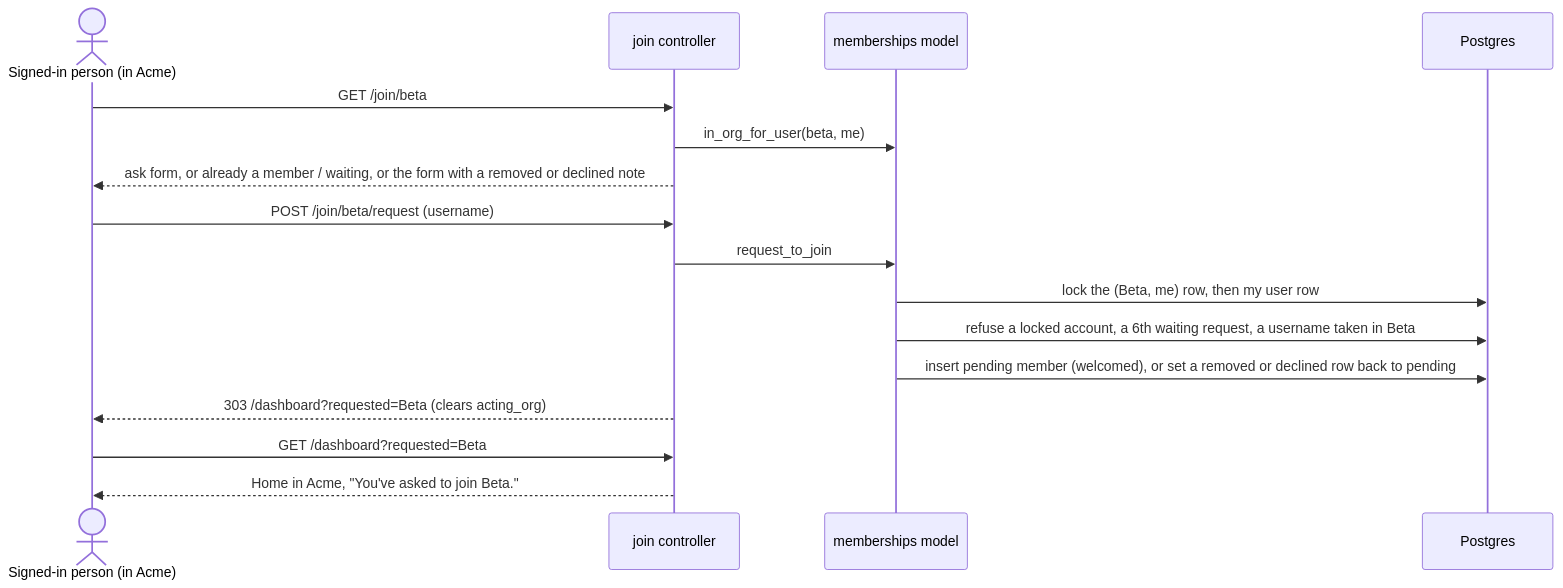
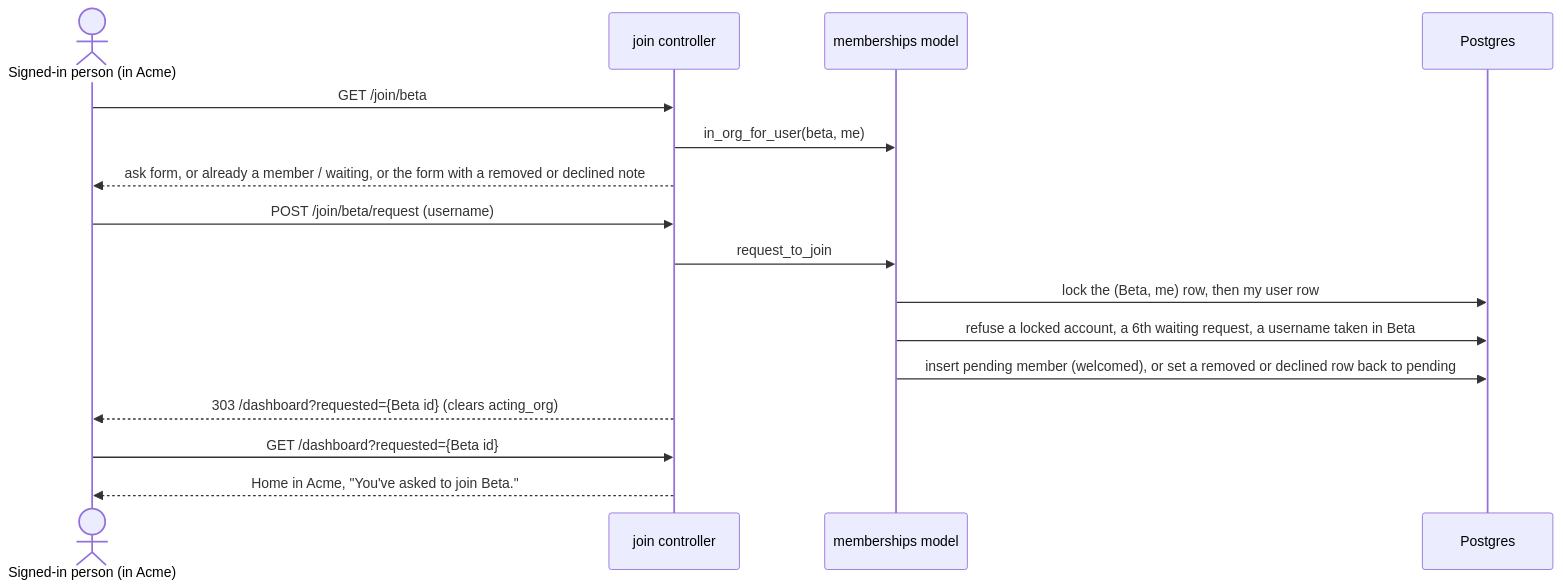
One commit to rajgurung/collaboration_tool changed the third of 9 diagrams in docs/flows/accounts.md. Above: the diagram before and after it, drawn with Mermaid.

Commit message:
Docs: ?requested= carries the org id

````diff
--- a/docs/flows/accounts.md
+++ b/docs/flows/accounts.md
@@ -147,18 +147,18 @@
 ```mermaid
 sequenceDiagram
     actor P as Signed-in person (in Acme)
     participant J as join controller
     participant M as memberships model
     participant DB as Postgres
     P->>J: GET /join/beta
     J->>M: in_org_for_user(beta, me)
     J-->>P: ask form, or already a member / waiting, or the form with a removed or declined note
     P->>J: POST /join/beta/request (username)
     J->>M: request_to_join
     M->>DB: lock the (Beta, me) row, then my user row
     M->>DB: refuse a locked account, a 6th waiting request, a username taken in Beta
     M->>DB: insert pending member (welcomed), or set a removed or declined row back to pending
-    J-->>P: 303 /dashboard?requested=Beta (clears acting_org)
-    P->>J: GET /dashboard?requested=Beta
+    J-->>P: 303 /dashboard?requested={Beta id} (clears acting_org)
+    P->>J: GET /dashboard?requested={Beta id}
     J-->>P: Home in Acme, "You've asked to join Beta."
 ```
````
